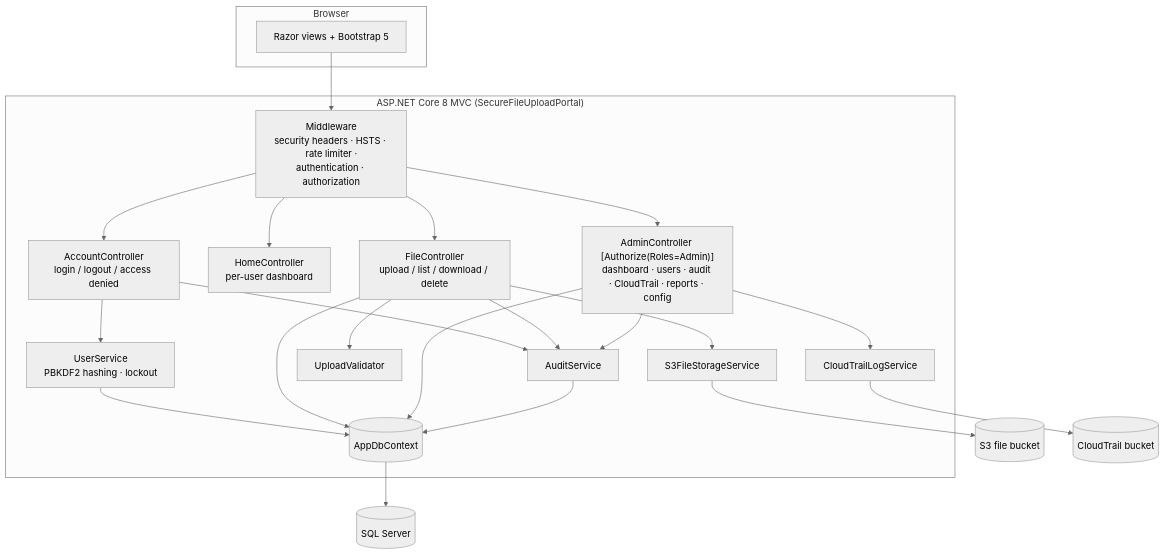
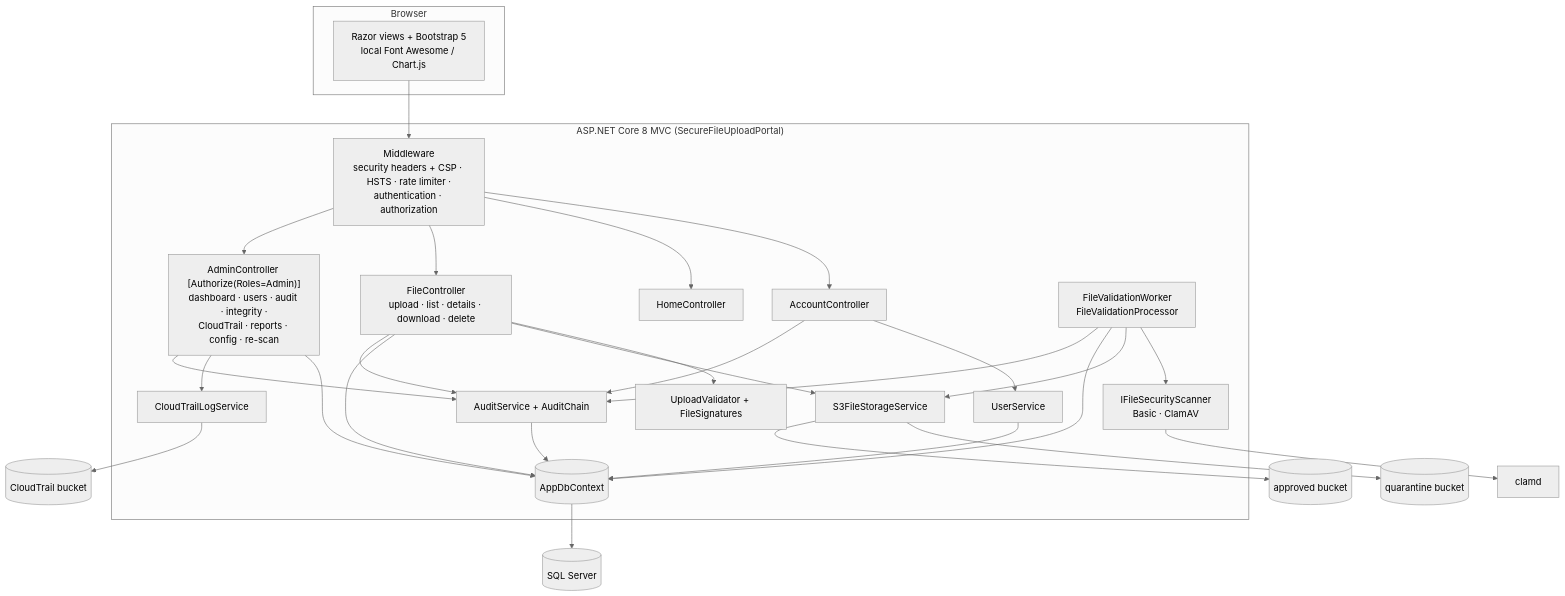
One commit to Mighiana/Cloud-Based-Secure-File-Management-System changed the fourth of 5 diagrams in docs/architecture.md. Above: the diagram before and after it, drawn with Mermaid (neutral theme). The commit also changed other lines of this file and 43 other files, not shown here.

Commit message:
Threat model, README case study, new architecture diagram and screenshots; CSP-clean views; audit history layout

````diff
--- a/docs/architecture.md
+++ b/docs/architecture.md
@@ -38,30 +112,36 @@
 ```mermaid
 flowchart TB
     subgraph Browser
-        UI[Razor views + Bootstrap 5]
+        UI[Razor views + Bootstrap 5<br/>local Font Awesome / Chart.js]
     end
 
     subgraph App["ASP.NET Core 8 MVC (SecureFileUploadPortal)"]
-        MW["Middleware<br/>security headers · HSTS · rate limiter ·<br/>authentication · authorization"]
-        AC[AccountController<br/>login / logout / access denied]
-        HC[HomeController<br/>per-user dashboard]
-        FC[FileController<br/>upload / list / download / delete]
-        ADC["AdminController [Authorize(Roles=Admin)]<br/>dashboard · users · audit · CloudTrail · reports · config"]
-        US[UserService<br/>PBKDF2 hashing · lockout]
-        AS[AuditService]
-        UV[UploadValidator]
+        MW["Middleware<br/>security headers + CSP · HSTS · rate limiter ·<br/>authentication · authorization"]
+        AC[AccountController]
+        HC[HomeController]
+        FC[FileController<br/>upload · list · details · download · delete]
+        ADC["AdminController [Authorize(Roles=Admin)]<br/>dashboard · users · audit · integrity ·<br/>CloudTrail · reports · config · re-scan"]
+        US[UserService]
+        AS[AuditService + AuditChain]
+        UV[UploadValidator + FileSignatures]
+        WK[FileValidationWorker<br/>FileValidationProcessor]
+        SC[IFileSecurityScanner<br/>Basic · ClamAV]
         FS[S3FileStorageService]
         CTS[CloudTrailLogService]
         DB[(AppDbContext)]
     end
 
     UI --> MW --> AC & HC & FC & ADC
     AC --> US --> DB
     FC --> UV
-    FC --> FS --> S3[(S3 file bucket)]
-    FC --> DB
-    ADC --> DB
+    FC --> FS
+    WK --> SC
+    WK --> FS
+    WK --> DB
+    FS --> QB[(quarantine bucket)] & AB[(approved bucket)]
+    FC & ADC --> DB
     ADC --> CTS --> CTB[(CloudTrail bucket)]
-    AC & FC & ADC --> AS --> DB
+    AC & FC & ADC & WK --> AS --> DB
+    SC --> CL[clamd]
     DB --> SQL[(SQL Server)]
 ```
````
